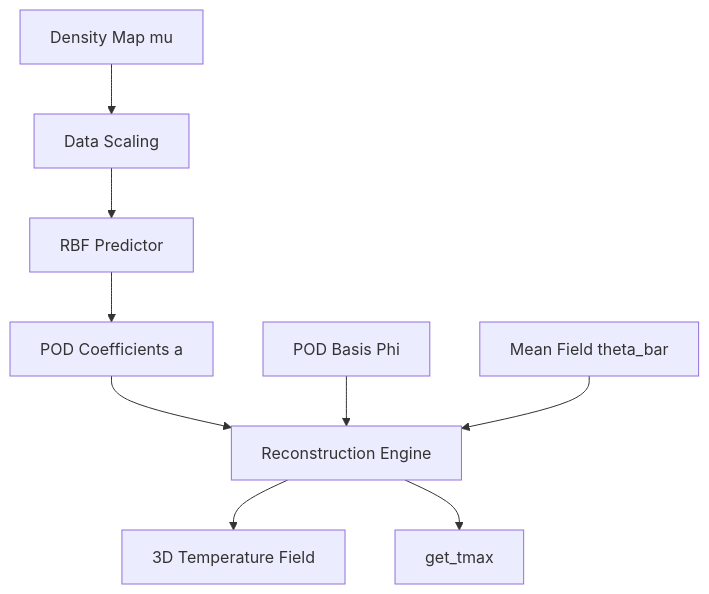
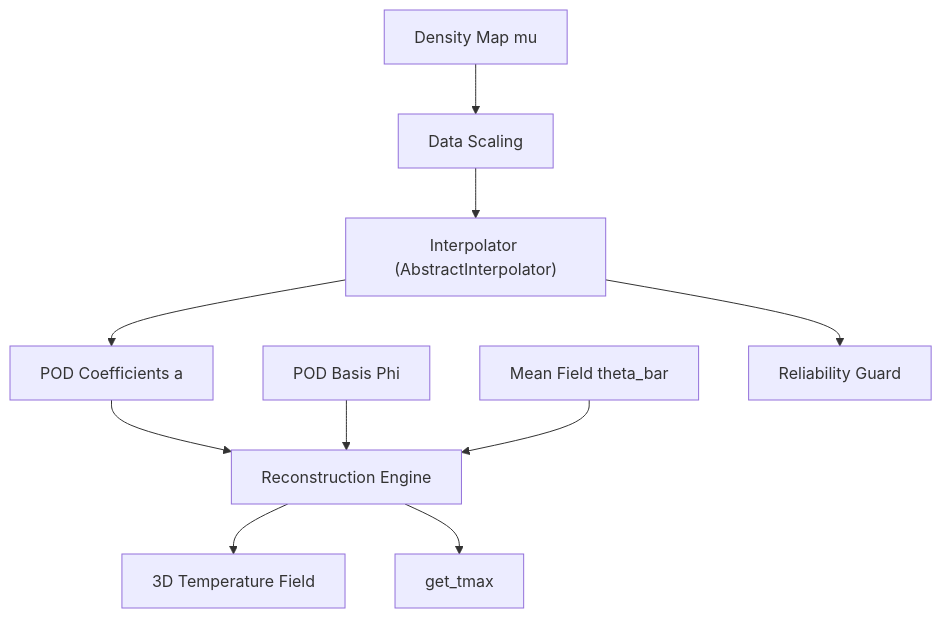
Before and after one commit to Daioku799/somad_dev3: the diagram in .kiro/specs/rom-interpolator/design.md, drawn with Mermaid. The commit also changed other lines of this file and 1 other file, not shown here.

Commit message:
docs(spec): align design and tasks with AbstractInterpolator interface for rom-interpolator

````diff
--- a/.kiro/specs/rom-interpolator/design.md
+++ b/.kiro/specs/rom-interpolator/design.md
@@ -44,11 +47,13 @@
 ```mermaid
 graph TD
     Input[Density Map mu] --> Scaler[Data Scaling]
-    Scaler --> RBF[RBF Predictor]
-    RBF --> Coeffs[POD Coefficients a]
+    Scaler --> Interpolator["Interpolator (AbstractInterpolator)"]
+    Interpolator --> Coeffs[POD Coefficients a]
     Coeffs --> Recon[Reconstruction Engine]
     Basis[POD Basis Phi] --> Recon
     MeanField[Mean Field theta_bar] --> Recon
     Recon --> Output[3D Temperature Field]
     Recon --> Tmax[get_tmax]
+    
+    Interpolator --> Guard[Reliability Guard]
 ```
````
